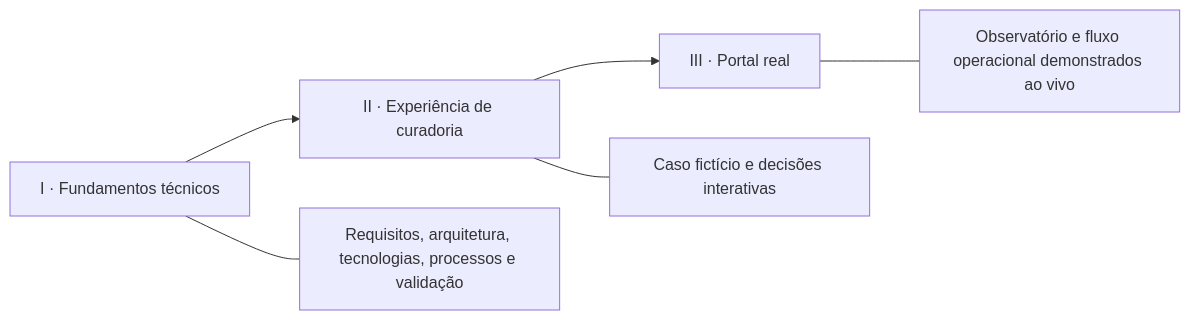
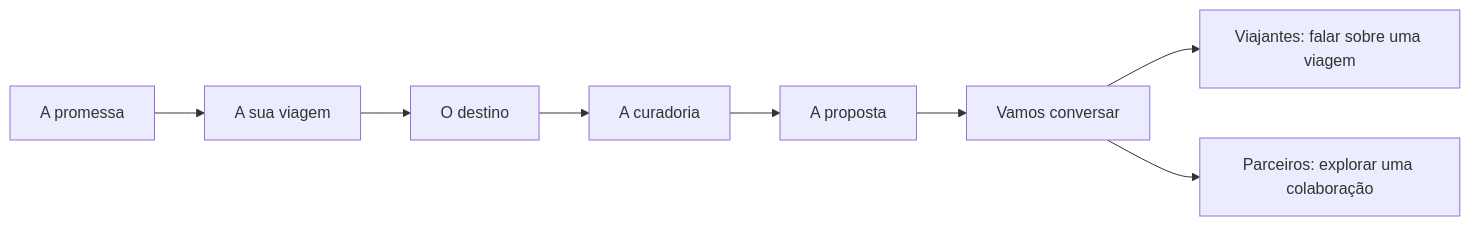
Before and after one commit to iseg-pg-ai/gpaimlp_5ed_grupo4: the diagram in docs/APRESENTACAO.md, drawn with Mermaid. The commit also changed other lines of this file and 17 other files, not shown here.

````diff
--- a/docs/APRESENTACAO.md
+++ b/docs/APRESENTACAO.md
@@ -14,8 +12,7 @@
 ```mermaid
 flowchart LR
-    A["I · Fundamentos técnicos"] --> B["II · Experiência de curadoria"]
-    B --> C["III · Portal real"]
-    A --- A1["Requisitos, arquitetura, tecnologias, processos e validação"]
-    B --- B1["Caso fictício e decisões interativas"]
-    C --- C1["Observatório e fluxo operacional demonstrados ao vivo"]
+    A["A promessa"] --> B["A sua viagem"] --> C["O destino"]
+    C --> D["A curadoria"] --> E["A proposta"] --> F["Vamos conversar"]
+    F --> V["Viajantes: falar sobre uma viagem"]
+    F --> P["Parceiros: explorar uma colaboração"]
 ```
````
